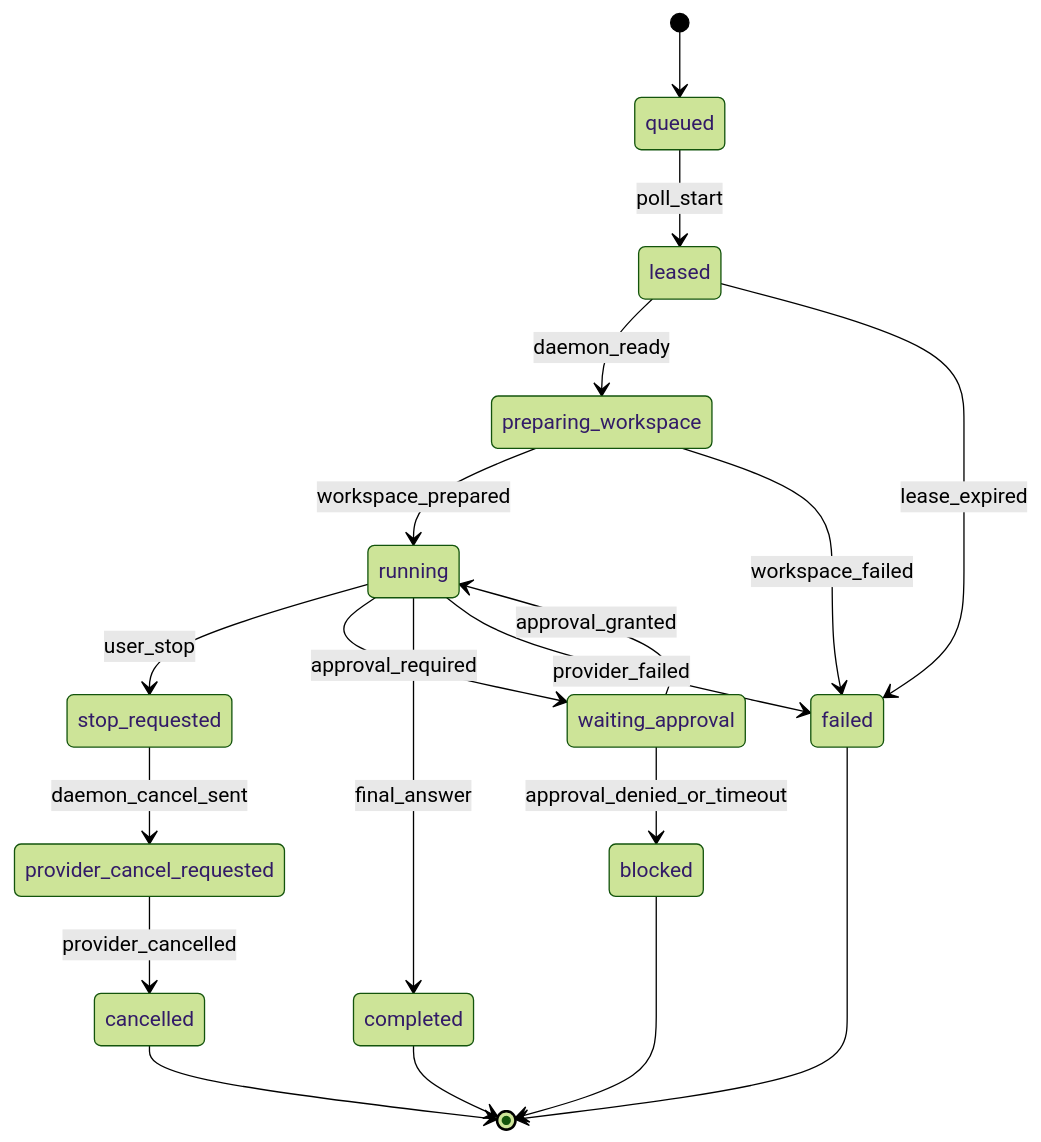
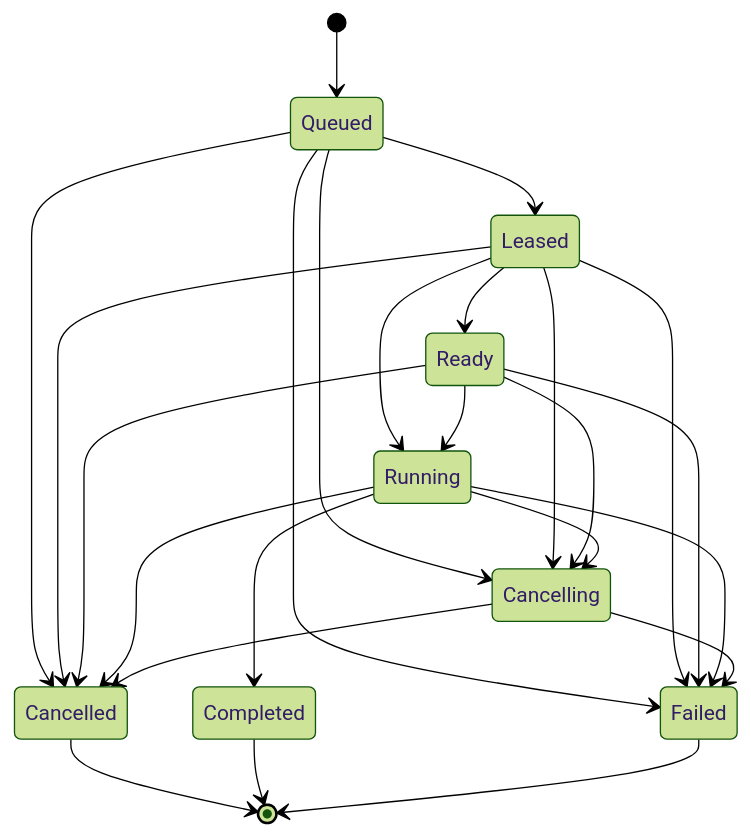
Before and after one commit to teamswyg/riido-daemon: the diagram in docs/30-architecture/agent-execution-unresolved-design/assignment-lifecycle-fsm.md, drawn with Mermaid (forest theme). The commit also changed other lines of this file and 29 other files, not shown here.

````diff
--- a/docs/30-architecture/agent-execution-unresolved-design/assignment-lifecycle-fsm.md
+++ b/docs/30-architecture/agent-execution-unresolved-design/assignment-lifecycle-fsm.md
@@ -9,21 +17,26 @@
 ```mermaid
 stateDiagram-v2
-    [*] --> queued
-    queued --> leased: poll_start
-    leased --> preparing_workspace: daemon_ready
-    preparing_workspace --> running: workspace_prepared
-    running --> stop_requested: user_stop
-    stop_requested --> provider_cancel_requested: daemon_cancel_sent
-    provider_cancel_requested --> cancelled: provider_cancelled
-    running --> waiting_approval: approval_required
-    waiting_approval --> running: approval_granted
-    waiting_approval --> blocked: approval_denied_or_timeout
-    running --> completed: final_answer
-    running --> failed: provider_failed
-    preparing_workspace --> failed: workspace_failed
-    leased --> failed: lease_expired
-    completed --> [*]
-    cancelled --> [*]
-    failed --> [*]
-    blocked --> [*]
+  [*] --> Queued
+  Queued --> Leased
+  Queued --> Cancelling
+  Queued --> Cancelled
+  Queued --> Failed
+  Leased --> Ready
+  Leased --> Running
+  Leased --> Cancelling
+  Leased --> Cancelled
+  Leased --> Failed
+  Ready --> Running
+  Ready --> Cancelling
+  Ready --> Cancelled
+  Ready --> Failed
+  Running --> Completed
+  Running --> Failed
+  Running --> Cancelling
+  Running --> Cancelled
+  Cancelling --> Cancelled
+  Cancelling --> Failed
+  Cancelled --> [*]
+  Completed --> [*]
+  Failed --> [*]
 ```
````
